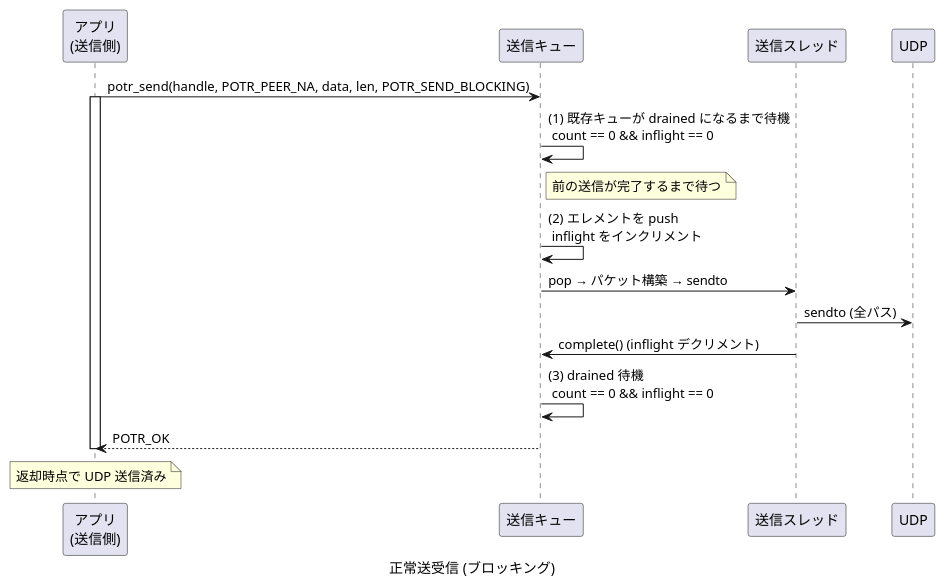
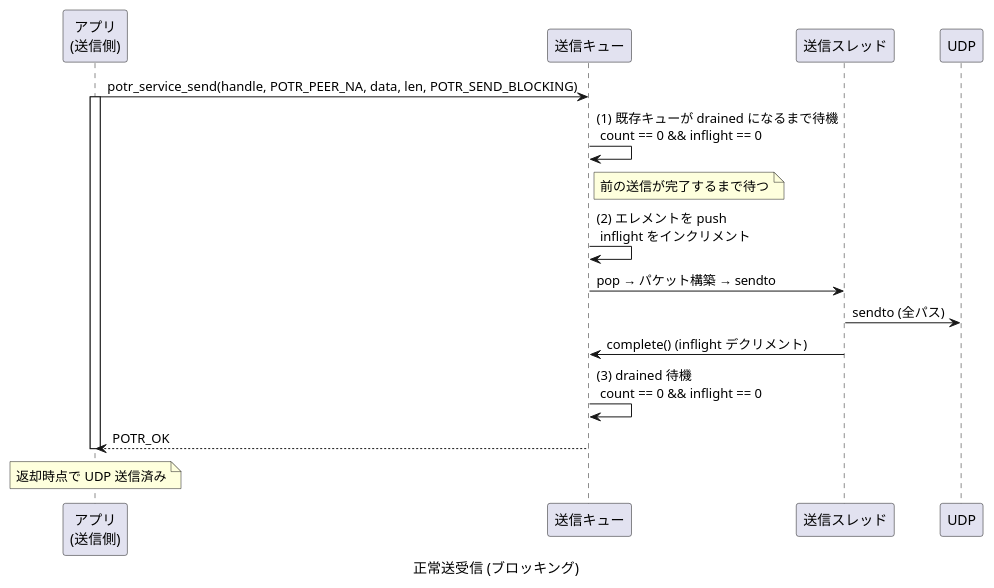
Before and after one commit to Hondarer/app_porter: the second of 9 diagrams in docs/sequence-data.md, drawn with PlantUML. The commit also changed other lines of this file and 46 other files, not shown here.

````diff
--- a/docs/sequence-data.md
+++ b/docs/sequence-data.md
@@ -46,30 +46,30 @@
 ```plantuml
 @startuml 正常送受信 (ブロッキング)
 caption 正常送受信 (ブロッキング)
 
 participant "アプリ\n(送信側)" as SAPP
 participant "送信キュー" as Q
 participant "送信スレッド" as ST
 participant "UDP" as UDP
 
-SAPP -> Q: potr_send(handle, POTR_PEER_NA, data, len, POTR_SEND_BLOCKING)
+SAPP -> Q: potr_service_send(handle, POTR_PEER_NA, data, len, POTR_SEND_BLOCKING)
 activate SAPP
 
 Q -> Q: (1) 既存キューが drained になるまで待機\n count == 0 && inflight == 0
 note right of Q: 前の送信が完了するまで待つ
 
 Q -> Q: (2) エレメントを push\n inflight をインクリメント
 
 Q -> ST: pop → パケット構築 → sendto
 ST -> UDP: sendto (全パス)
 ST -> Q: complete() (inflight デクリメント)
 
 Q -> Q: (3) drained 待機\n count == 0 && inflight == 0
 
 Q --> SAPP: POTR_OK
 deactivate SAPP
 
 note over SAPP: 返却時点で UDP 送信済み
 
 @enduml
 ```
````
